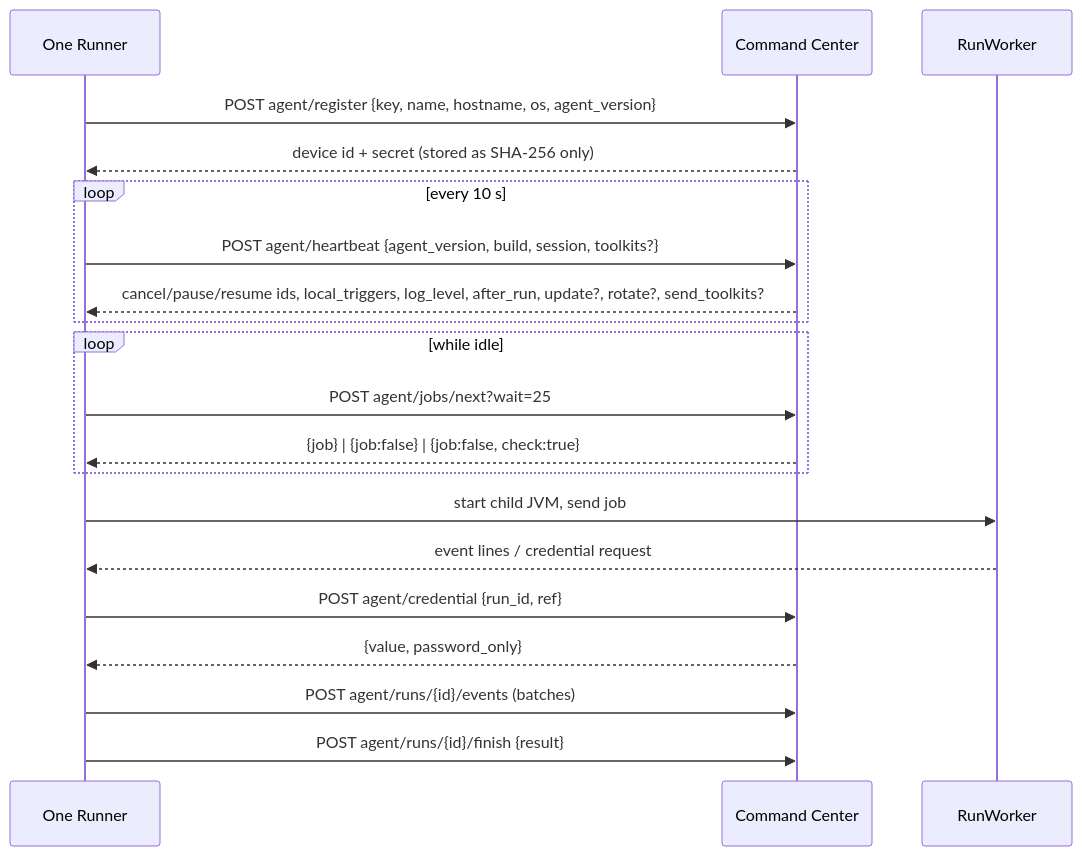
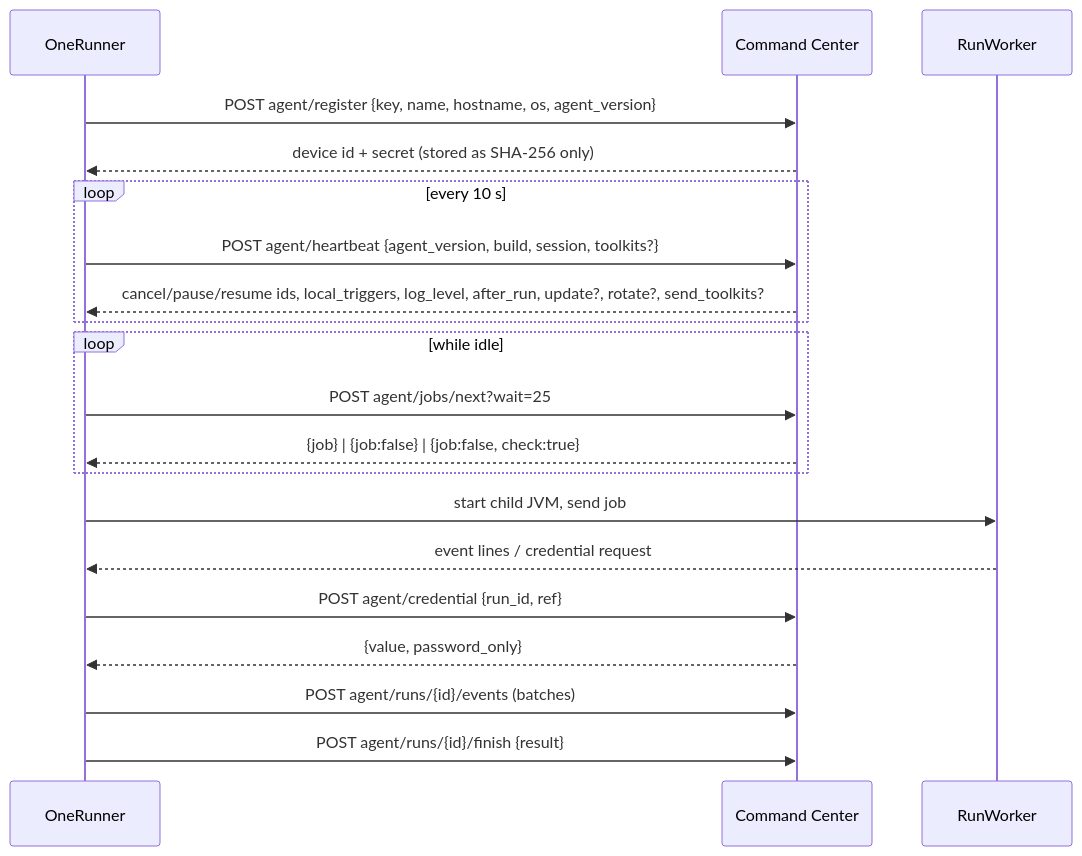
One commit to OneOfficeautomation-Private-Limited/OneOfficeAutomation-Platform changed the diagram in docs/architecture/04-command-center-internals.md. Above: the diagram before and after it, drawn with Mermaid. The commit also changed other lines of this file and 121 other files, not shown here.

````diff
--- a/docs/architecture/04-command-center-internals.md
+++ b/docs/architecture/04-command-center-internals.md
@@ -192,22 +192,22 @@
 ```mermaid
 sequenceDiagram
-    participant R as One Runner
+    participant R as OneRunner
     participant C as Command Center
     participant W as RunWorker
     R->>C: POST agent/register {key, name, hostname, os, agent_version}
     C-->>R: device id + secret (stored as SHA-256 only)
     loop every 10 s
       R->>C: POST agent/heartbeat {agent_version, build, session, toolkits?}
       C-->>R: cancel/pause/resume ids, local_triggers, log_level, after_run, update?, rotate?, send_toolkits?
     end
     loop while idle
       R->>C: POST agent/jobs/next?wait=25
       C-->>R: {job} | {job:false} | {job:false, check:true}
     end
     R->>W: start child JVM, send job
     W-->>R: event lines / credential request
     R->>C: POST agent/credential {run_id, ref}
     C-->>R: {value, password_only}
     R->>C: POST agent/runs/{id}/events (batches)
     R->>C: POST agent/runs/{id}/finish {result}
 ```
````
